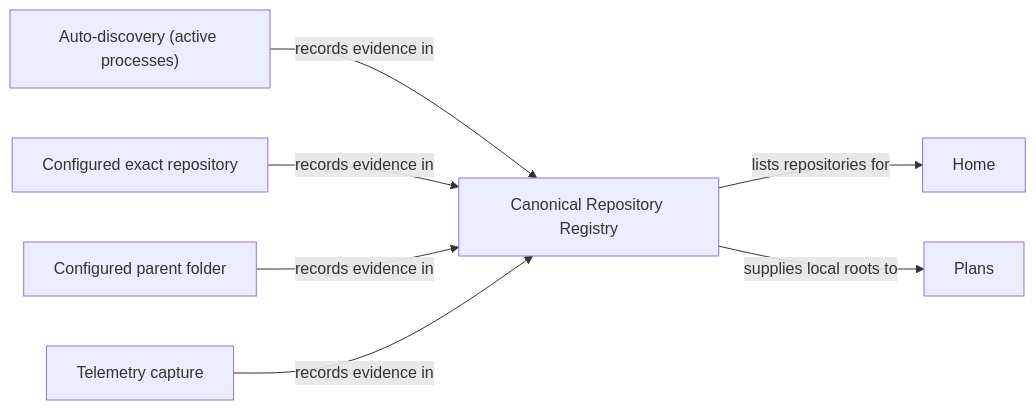
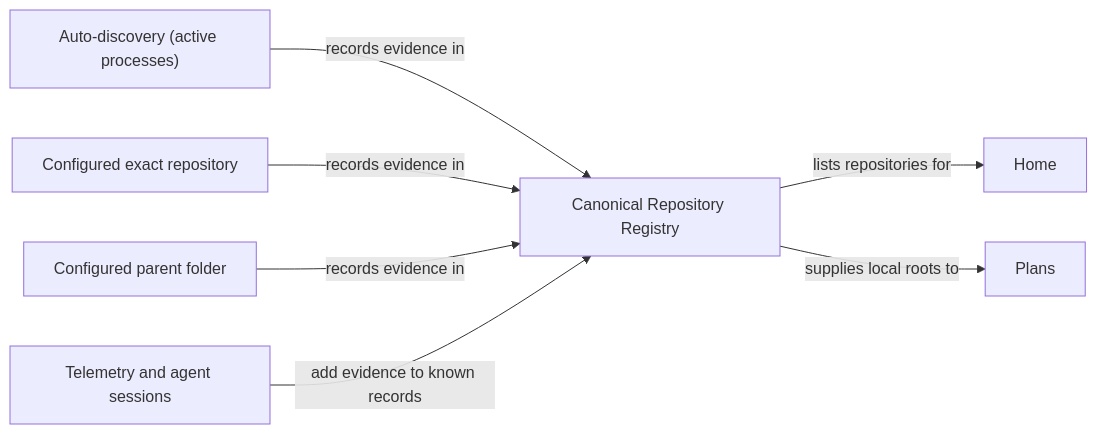
The second of 3 diagrams in docs/plans/active/portal-repository-sources.md (kirinmurphy/roborepo-alpha), drawn with Mermaid before and after one commit. The commit also changed other lines of this file and 63 other files, not shown here.

````diff
--- a/docs/plans/active/portal-repository-sources.md
+++ b/docs/plans/active/portal-repository-sources.md
@@ -80,9 +80,9 @@
 ```mermaid
 flowchart LR
   Auto["Auto-discovery (active processes)"] -->|records evidence in| Registry["Canonical Repository Registry"]
   Repo["Configured exact repository"] -->|records evidence in| Registry
   Folder["Configured parent folder"] -->|records evidence in| Registry
-  Other["Telemetry capture"] -->|records evidence in| Registry
+  Other["Telemetry and agent sessions"] -->|add evidence to known records| Registry
   Registry -->|lists repositories for| Home["Home"]
   Registry -->|supplies local roots to| Plans["Plans"]
 ```
````
